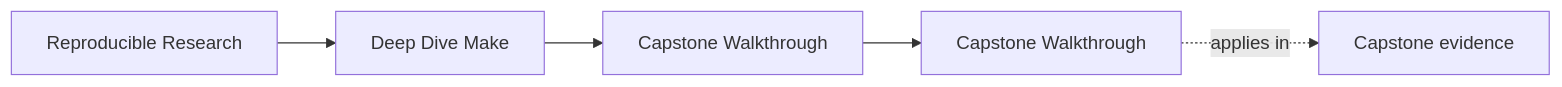
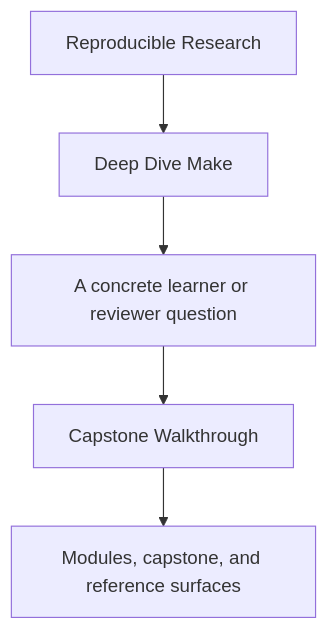
Before and after one commit to bijux/bijux-masterclass: the first of 2 diagrams in programs/reproducible-research/deep-dive-make/course-book/guides/capstone-walkthrough.md, drawn with Mermaid. The commit also changed other lines of this file and 29 other files, not shown here.

Commit message:
docs(deep-dive-make): sharpen guide and reference diagrams

````diff
--- a/programs/reproducible-research/deep-dive-make/course-book/guides/capstone-walkthrough.md
+++ b/programs/reproducible-research/deep-dive-make/course-book/guides/capstone-walkthrough.md
@@ -9,11 +9,7 @@
 ```mermaid
-graph LR
-  family["Reproducible Research"]
-  program["Deep Dive Make"]
-  section["Capstone Walkthrough"]
-  page["Capstone Walkthrough"]
-  capstone["Capstone evidence"]
-
-  family --> program --> section --> page
-  page -.applies in.-> capstone
+flowchart TD
+  family["Reproducible Research"] --> program["Deep Dive Make"]
+  program --> pressure["A concrete learner or reviewer question"]
+  pressure --> guide["Capstone Walkthrough"]
+  guide --> next["Modules, capstone, and reference surfaces"]
 ```
````
